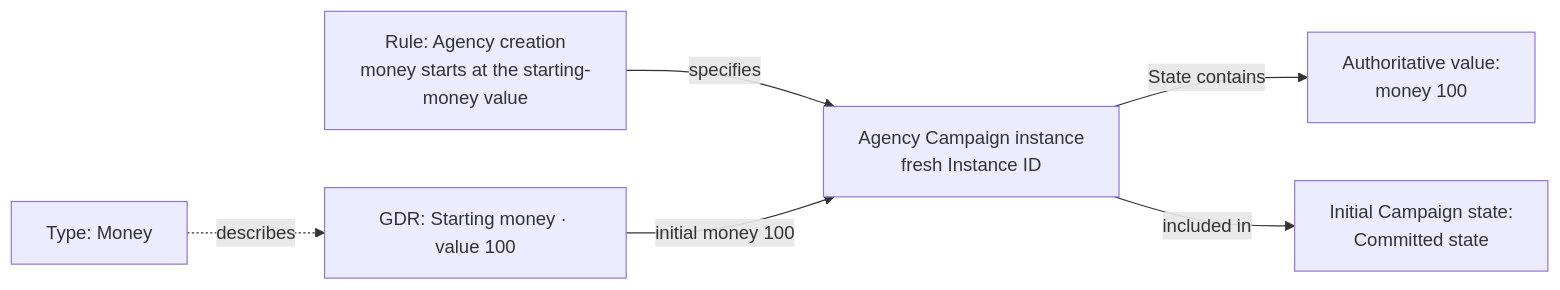
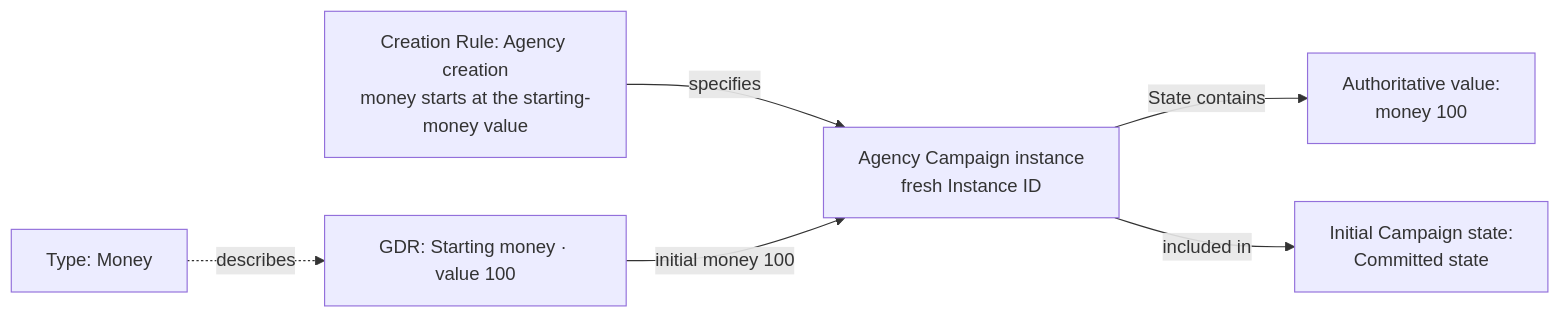
Before and after one commit to konrad-jamrozik/game-v5: the first of 5 diagrams in docs/specs/foundation/campaign-modeling-contract.md, drawn with Mermaid. The commit also changed other lines of this file and 5 other files, not shown here.

````diff
--- a/docs/specs/foundation/campaign-modeling-contract.md
+++ b/docs/specs/foundation/campaign-modeling-contract.md
@@ -185,8 +186,8 @@
 ```mermaid
 flowchart LR
     Type["Type: Money"] -.->|describes| GDR["GDR: Starting money · value 100"]
-    Rule["Rule: Agency creation<br/>money starts at the starting-money value"] -->|specifies| Agency["Agency Campaign instance<br/>fresh Instance ID"]
+    Rule["Creation Rule: Agency creation<br/>money starts at the starting-money value"] -->|specifies| Agency["Agency Campaign instance<br/>fresh Instance ID"]
     GDR -->|initial money 100| Agency
     Agency -->|State contains| Money["Authoritative value:<br/>money 100"]
     Agency -->|included in| State["Initial Campaign state:<br/>Committed state"]
 ```
````
